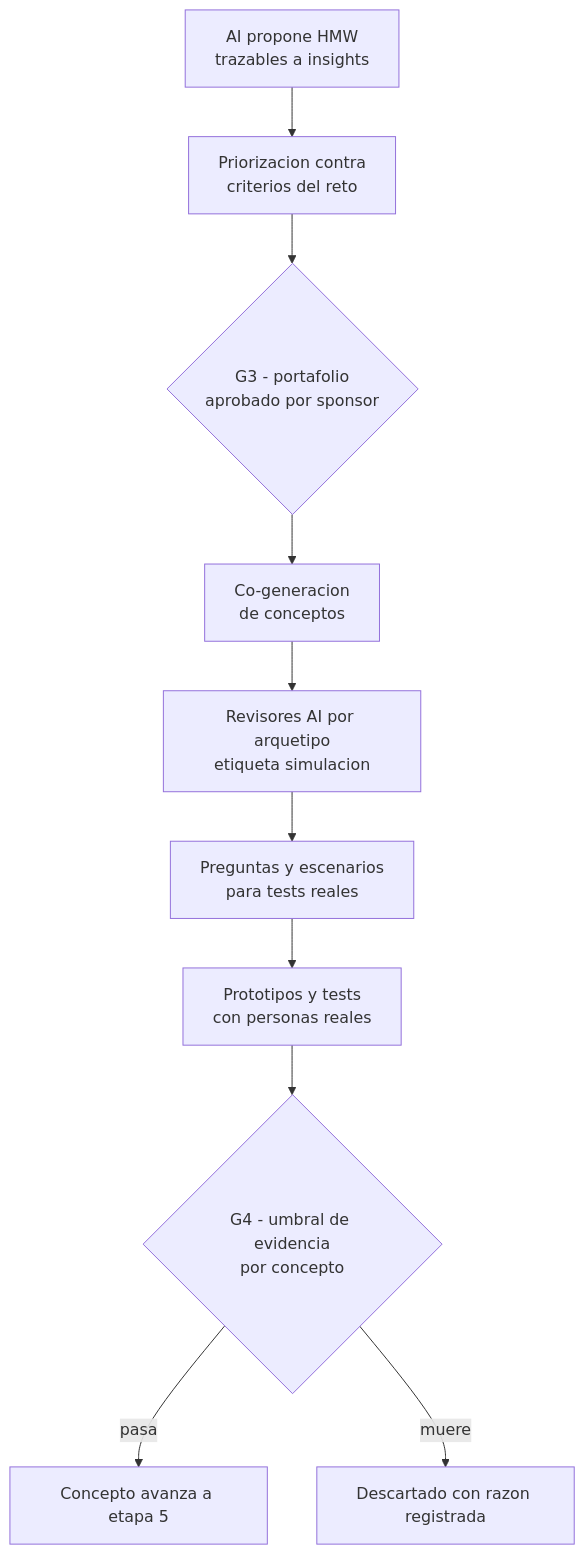
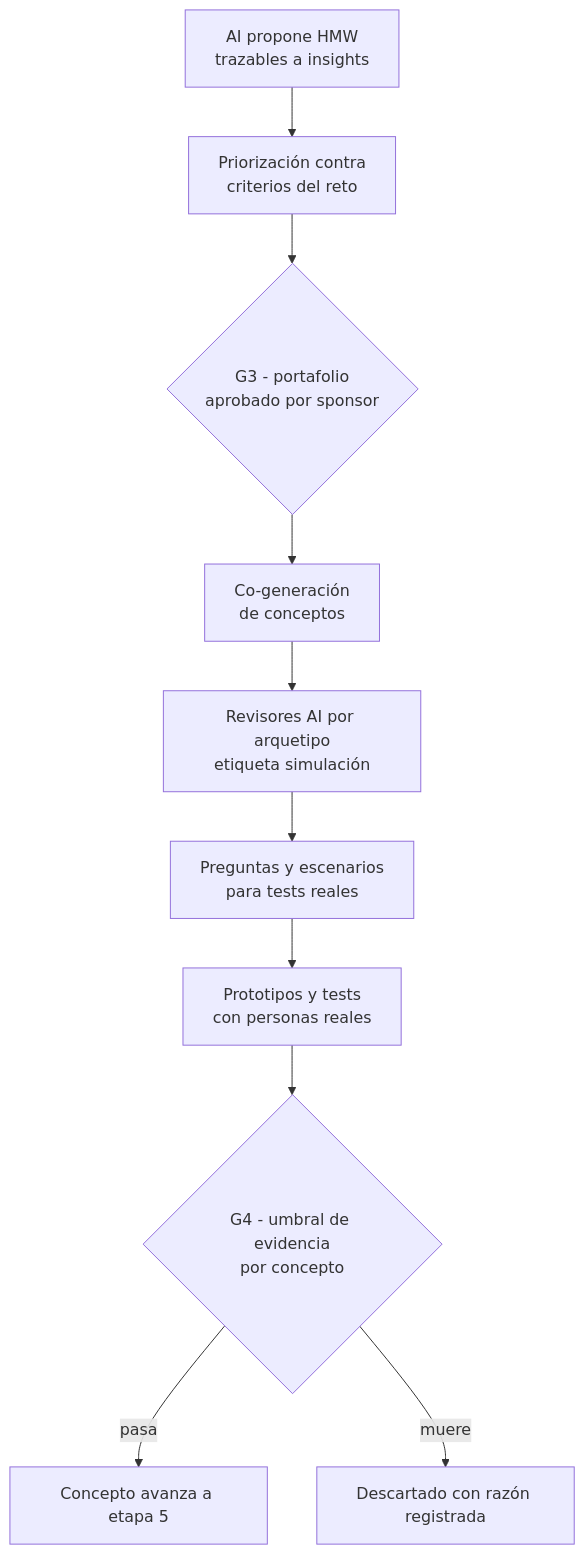
Before and after one commit to jtrujillo-ws/designio-app: the fifth of 9 diagrams in docs/04-journeys/journeys-plataforma.md, drawn with Mermaid. The commit also changed other lines of this file and 4 other files, not shown here.

````diff
--- a/docs/04-journeys/journeys-plataforma.md
+++ b/docs/04-journeys/journeys-plataforma.md
@@ -163,12 +163,12 @@
 ```mermaid
 flowchart TD
-  A["AI propone HMW<br/>trazables a insights"] --> B["Priorizacion contra<br/>criterios del reto"]
+  A["AI propone HMW<br/>trazables a insights"] --> B["Priorización contra<br/>criterios del reto"]
   B --> C{"G3 - portafolio<br/>aprobado por sponsor"}
-  C --> D["Co-generacion<br/>de conceptos"]
-  D --> E["Revisores AI por arquetipo<br/>etiqueta simulacion"]
+  C --> D["Co-generación<br/>de conceptos"]
+  D --> E["Revisores AI por arquetipo<br/>etiqueta simulación"]
   E --> F["Preguntas y escenarios<br/>para tests reales"]
   F --> G["Prototipos y tests<br/>con personas reales"]
   G --> H{"G4 - umbral de evidencia<br/>por concepto"}
   H -->|pasa| I["Concepto avanza a etapa 5"]
-  H -->|muere| J["Descartado con razon registrada"]
+  H -->|muere| J["Descartado con razón registrada"]
 ```
````
